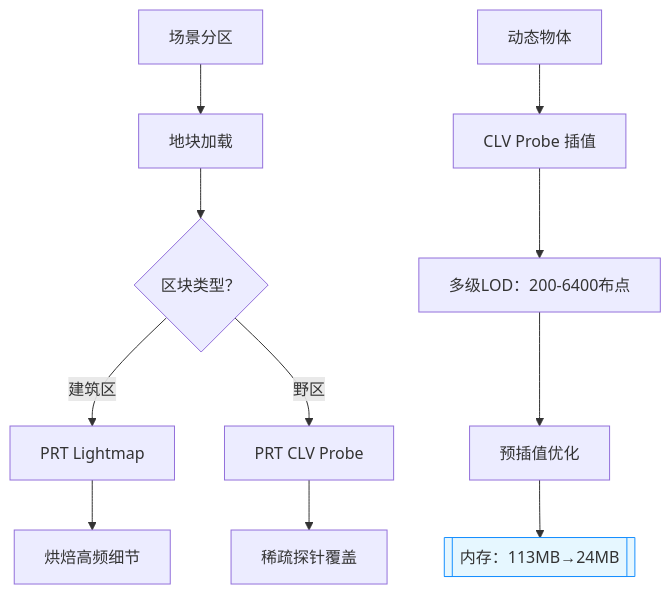
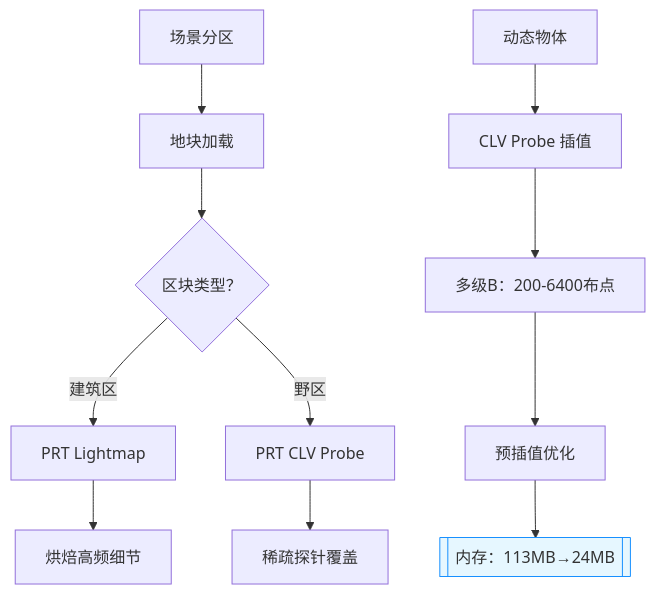
One commit to archieluan/iodraw-files changed the diagram in all/未命名-4.md. Above: the diagram before and after it, drawn with Mermaid.

Commit message:
2025-06-13 15:58:52 update

````diff
--- a/all/未命名-4.md
+++ b/all/未命名-4.md
@@ -1,14 +1,14 @@
 ```mermaid
 graph TD
     A[场景分区] --> B[地块加载]
     B --> C{区块类型？}
     C -->|建筑区| D[PRT Lightmap]
     C -->|野区| E[PRT CLV Probe]
     D --> F[烘焙高频细节]
     E --> G[稀疏探针覆盖]
     H[动态物体] --> I[CLV Probe 插值]
-    I --> J[多级LOD：200-6400布点]
+    I --> J[多级B：200-6400布点]
     J --> K[预插值优化]
     K --> L[[内存：113MB→24MB]]
     style L fill:#e6f7ff,stroke:#1890ff
 ```
````
